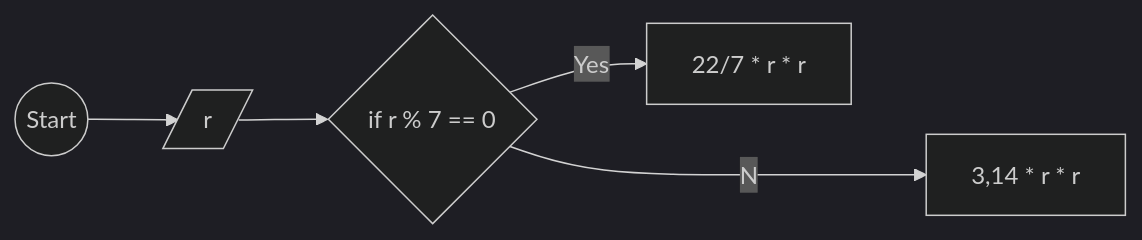
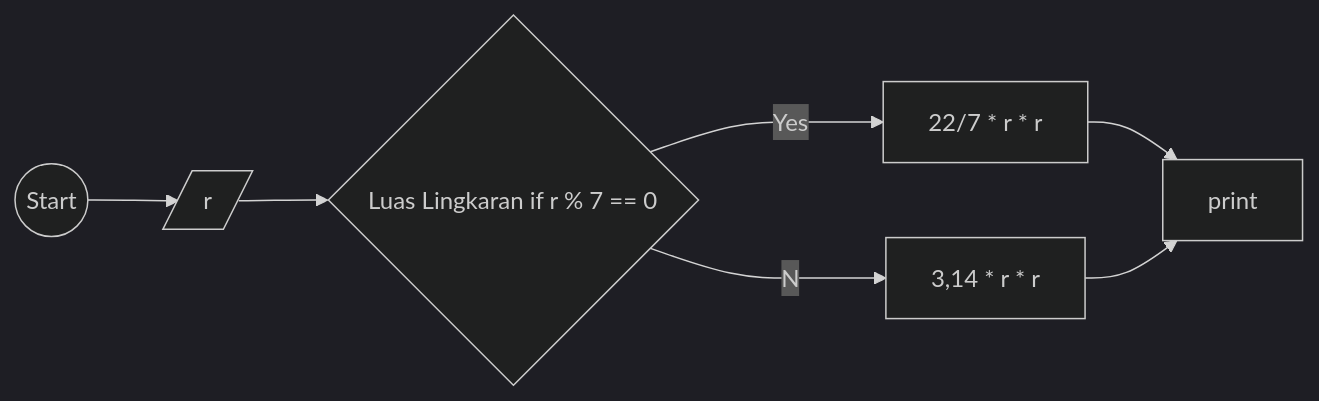
Before and after one commit to aldi-ardyansah/koda-b10-algoritma: the second of 2 diagrams in README.md, drawn with Mermaid (dark theme).

````diff
--- a/README.md
+++ b/README.md
@@ -42,7 +42,7 @@
 ```mermaid
 flowchart LR
     A((Start)) --> B[/r/]
-    B[/r/] --> C{if r % 7 == 0}
-    C{if r % 7 == 0} --Yes--> D[22/7 * r * r]
-    C{if r % 7 == 0} --No--> E[3,14 * r * r]
+    B[/r/] --> C{Luas Lingkaran if r % 7 == 0}
+    C{Luas Lingkaran if r % 7 == 0} --Yes--> D[22/7 * r * r] --> F[print]
+    C{Luas Lingkaran if r % 7 == 0} --No--> E[3,14 * r * r] --> F[print]
 ```
````
